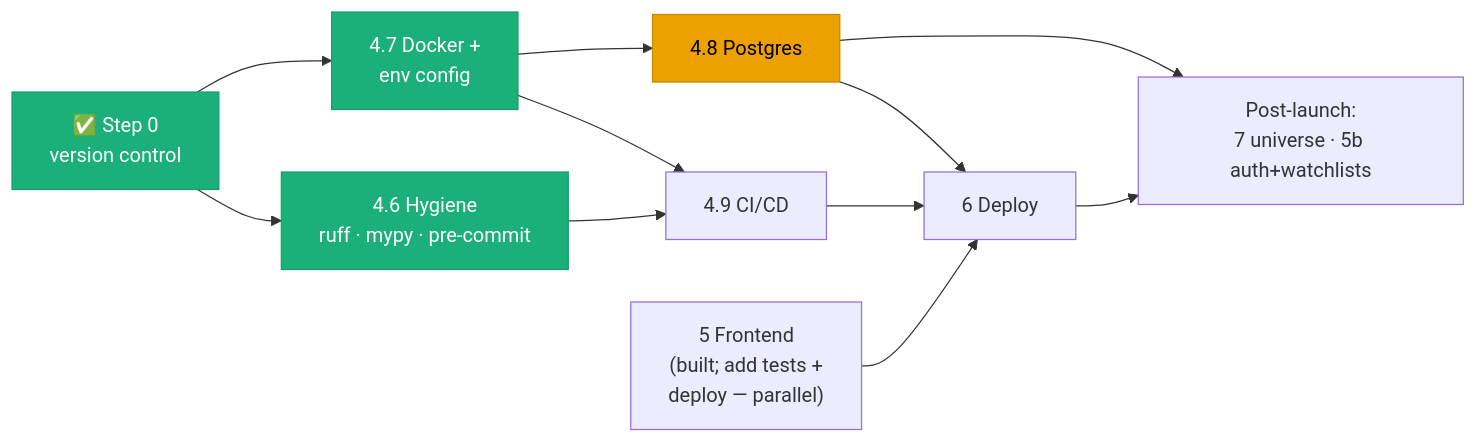
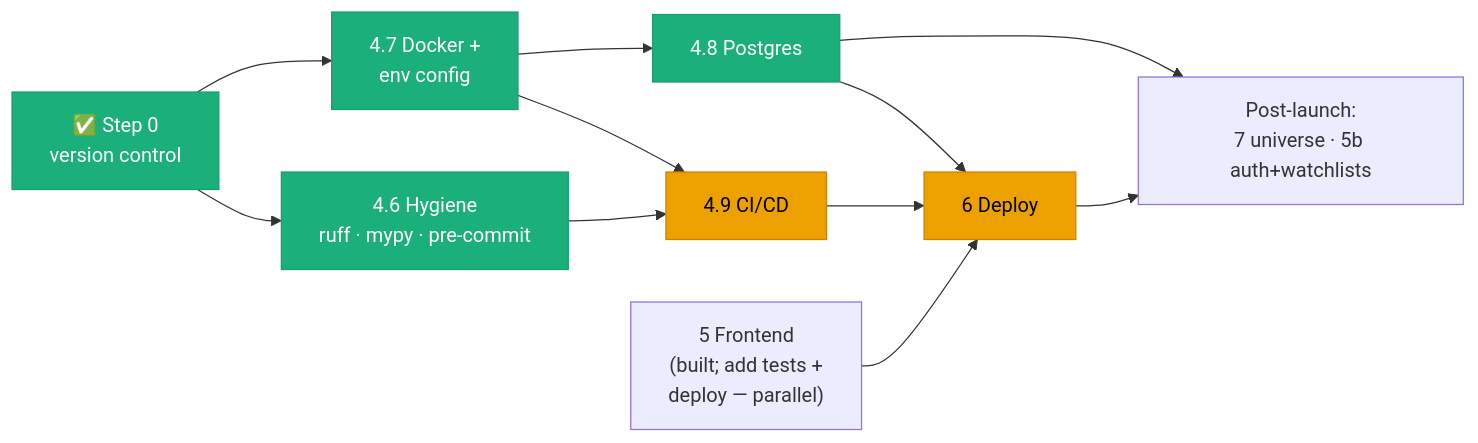
The diagram in docs/prod_roadmap/production-roadmap.md (ankitsree/stock_dependency_tracker), drawn with Mermaid before and after one commit. The commit also changed other lines of this file and 3 other files, not shown here.

````diff
--- a/docs/prod_roadmap/production-roadmap.md
+++ b/docs/prod_roadmap/production-roadmap.md
@@ -70,18 +70,18 @@
 ```mermaid
 flowchart LR
   S0["✅ Step 0<br/>version control"] --> H["4.6 Hygiene<br/>ruff · mypy · pre-commit"]
   S0 --> D["4.7 Docker +<br/>env config"]
   H --> CI["4.9 CI/CD"]
   D --> CI
   D --> DB["4.8 Postgres"]
   DB --> DEP["6 Deploy"]
   CI --> DEP
   FE["5 Frontend<br/>(built; add tests +<br/>deploy — parallel)"] --> DEP
   DEP --> POST["Post-launch:<br/>7 universe · 5b auth+watchlists"]
   DB --> POST
 
   classDef done fill:#1baf7a,stroke:#199e70,color:#fff;
   classDef partial fill:#eda100,stroke:#c98500,color:#000;
-  class S0,H,D done;
-  class DB partial;
+  class S0,H,D,DB done;
+  class CI,DEP partial;
 ```
````
